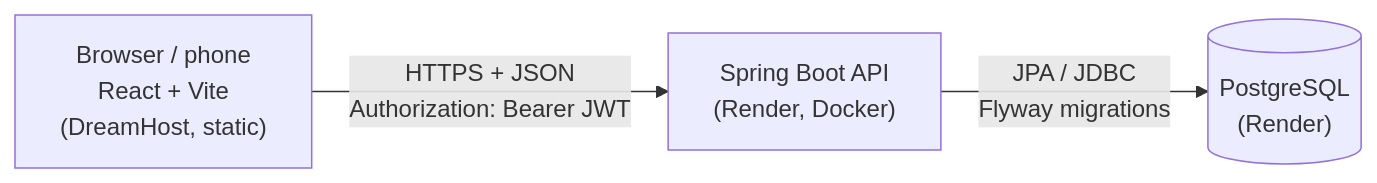
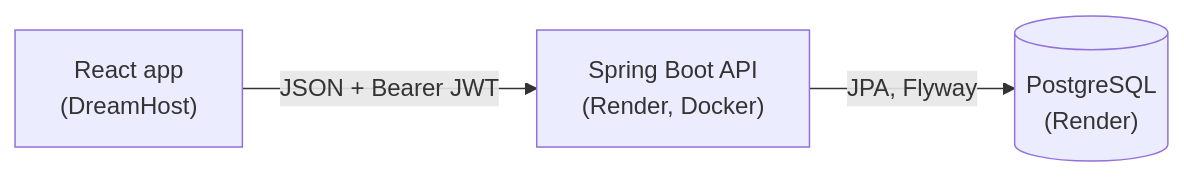
One commit to hassanhibbert/circuit-trainer changed the diagram in README.md. Above: the diagram before and after it, drawn with Mermaid. The commit also changed other lines of this file and 113 other files, not shown here.

````diff
--- a/README.md
+++ b/README.md
@@ -11,8 +11,8 @@
 ```mermaid
 flowchart LR
-    phone["Browser / phone<br/>React + Vite<br/>(DreamHost, static)"]
+    phone["React app<br/>(DreamHost)"]
     api["Spring Boot API<br/>(Render, Docker)"]
     db[("PostgreSQL<br/>(Render)")]
-    phone -- "HTTPS + JSON<br/>Authorization: Bearer JWT" --> api
-    api -- "JPA / JDBC<br/>Flyway migrations" --> db
+    phone -- "JSON + Bearer JWT" --> api
+    api -- "JPA, Flyway" --> db
 ```
````
